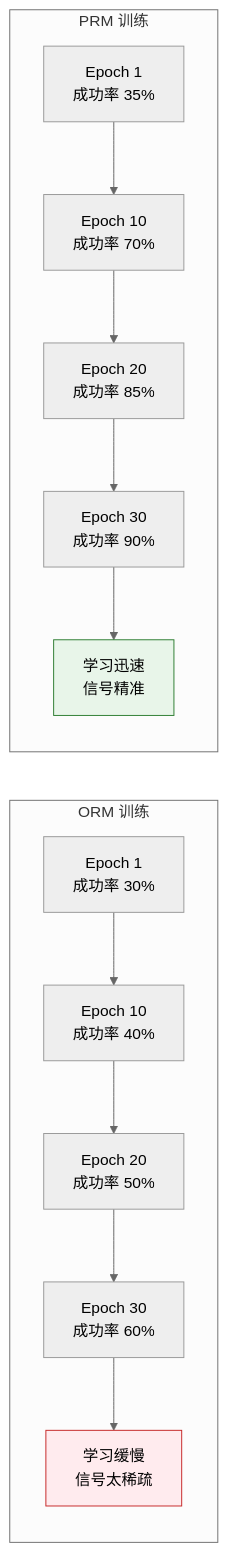
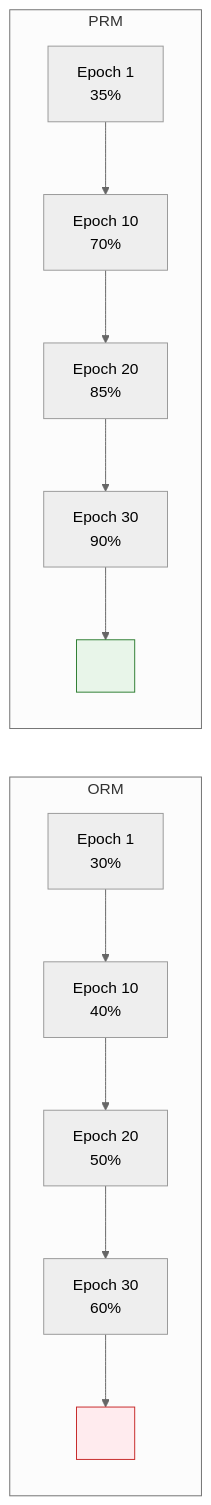
One commit to letslego/hands-on-modern-rl changed the fourth of 4 diagrams in docs/chapter10_agentic_rl/multi-turn-rl.md. Above: the diagram before and after it, drawn with Mermaid (neutral theme). The commit also changed other lines of this file and 267 other files, not shown here.

````diff
--- a/docs/chapter10_agentic_rl/multi-turn-rl.md
+++ b/docs/chapter10_agentic_rl/multi-turn-rl.md
@@ -1198,19 +1198,19 @@
 ```mermaid
 flowchart LR
-    subgraph ORM_train ["ORM 训练"]
-        OT1["Epoch 1\n成功率 30%"] --> OT2["Epoch 10\n成功率 40%"]
-        OT2 --> OT3["Epoch 20\n成功率 50%"]
-        OT3 --> OT4["Epoch 30\n成功率 60%"]
-        OT4 --> OT5["学习缓慢\n信号太稀疏"]
+    subgraph ORM_train ["ORM "]
+        OT1["Epoch 1\n 30%"] --> OT2["Epoch 10\n 40%"]
+        OT2 --> OT3["Epoch 20\n 50%"]
+        OT3 --> OT4["Epoch 30\n 60%"]
+        OT4 --> OT5["\n"]
     end
 
-    subgraph PRM_train ["PRM 训练"]
-        PT1["Epoch 1\n成功率 35%"] --> PT2["Epoch 10\n成功率 70%"]
-        PT2 --> PT3["Epoch 20\n成功率 85%"]
-        PT3 --> PT4["Epoch 30\n成功率 90%"]
-        PT4 --> PT5["学习迅速\n信号精准"]
+    subgraph PRM_train ["PRM "]
+        PT1["Epoch 1\n 35%"] --> PT2["Epoch 10\n 70%"]
+        PT2 --> PT3["Epoch 20\n 85%"]
+        PT3 --> PT4["Epoch 30\n 90%"]
+        PT4 --> PT5["\n"]
     end
 
     style OT5 fill:#ffebee,stroke:#c62828
     style PT5 fill:#e8f5e9,stroke:#2e7d32
 ```
````
